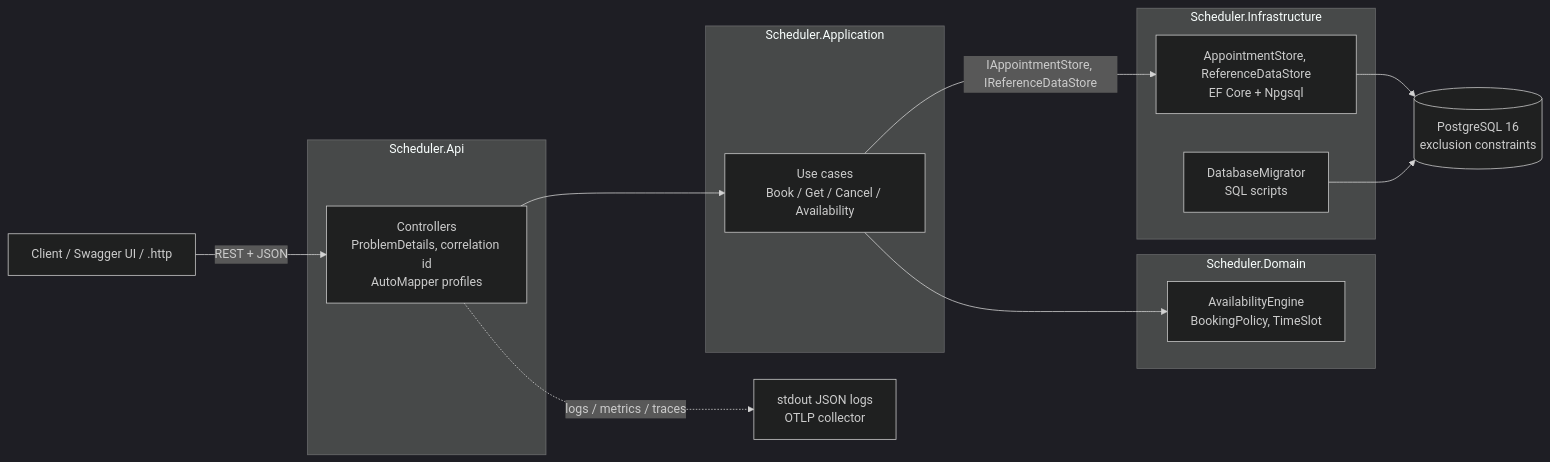
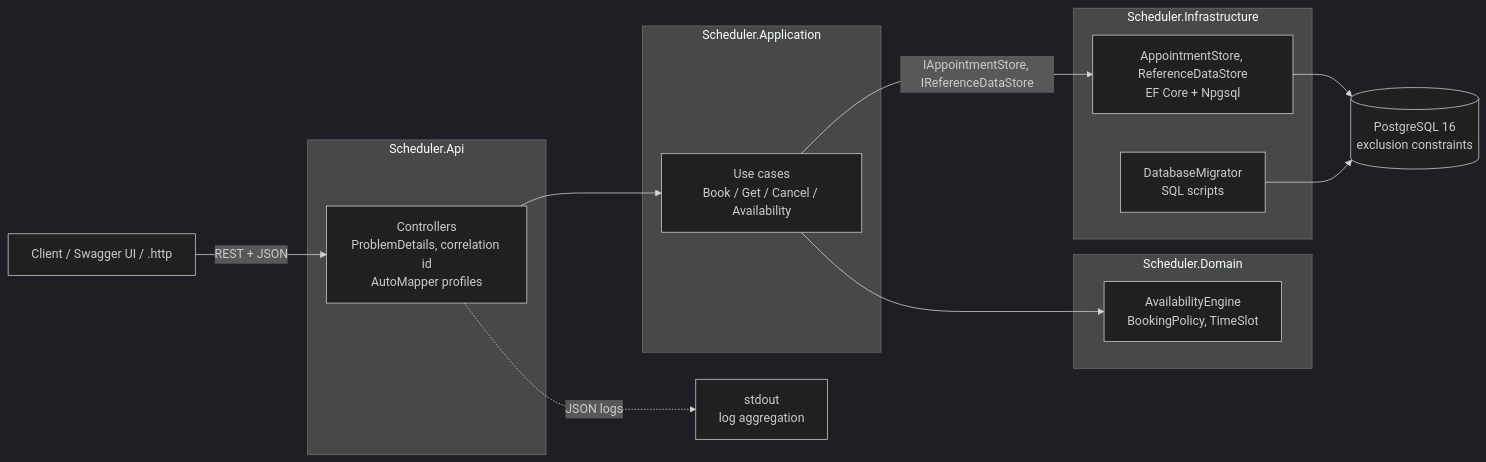
Before and after one commit to dinhhanh0302/The-Unified-Service-Scheduler: the first of 3 diagrams in docs/system-design.md, drawn with Mermaid (dark theme). The commit also changed other lines of this file and 61 other files, not shown here.

````diff
--- a/docs/system-design.md
+++ b/docs/system-design.md
@@ -14,22 +14,22 @@
 ```mermaid
 flowchart LR
   Client[Client / Swagger UI / .http] -->|REST + JSON| API
   subgraph Scheduler.Api
     API[Controllers<br/>ProblemDetails, correlation id<br/>AutoMapper profiles]
   end
   subgraph Scheduler.Application
     UC[Use cases<br/>Book / Get / Cancel / Availability]
   end
   subgraph Scheduler.Domain
     ENG[AvailabilityEngine<br/>BookingPolicy, TimeSlot]
   end
   subgraph Scheduler.Infrastructure
     STORE[AppointmentStore, ReferenceDataStore<br/>EF Core + Npgsql]
     MIG[DatabaseMigrator<br/>SQL scripts]
   end
   API --> UC --> ENG
   UC -->|IAppointmentStore, IReferenceDataStore| STORE
   STORE --> DB[(PostgreSQL 16<br/>exclusion constraints)]
   MIG --> DB
-  API -. logs / metrics / traces .-> OTEL[stdout JSON logs<br/>OTLP collector]
+  API -. JSON logs .-> LOGS[stdout<br/>log aggregation]
 ```
````
